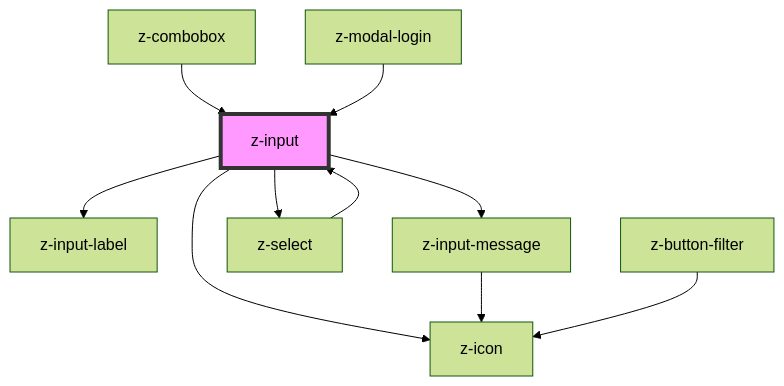
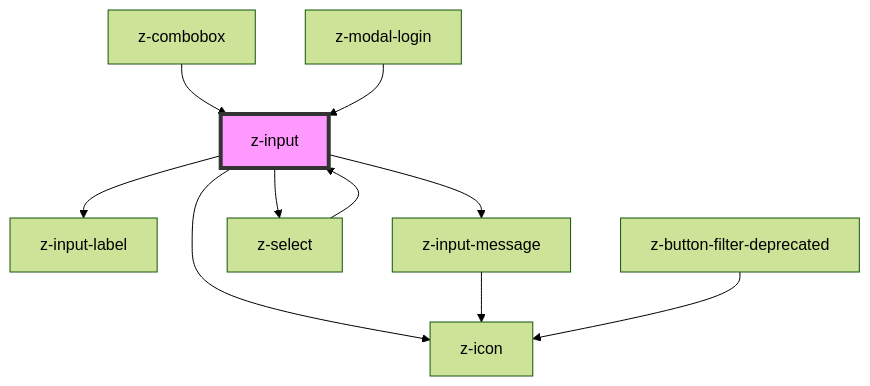
The diagram in src/components/inputs/z-input/readme.md (ZanichelliEditore/design-system), drawn with Mermaid (forest theme) before and after one commit. The commit also changed 10 other files, not shown here.

````diff
--- a/src/components/inputs/z-input/readme.md
+++ b/src/components/inputs/z-input/readme.md
@@ -211,13 +211,13 @@
 ```mermaid
 graph TD;
   z-input --> z-input-label
   z-input --> z-icon
   z-input --> z-input-message
   z-input --> z-select
   z-input-message --> z-icon
   z-select --> z-input
-  z-button-filter --> z-icon
+  z-button-filter-deprecated --> z-icon
   z-combobox --> z-input
   z-modal-login --> z-input
   style z-input fill:#f9f,stroke:#333,stroke-width:4px
 ```
````
